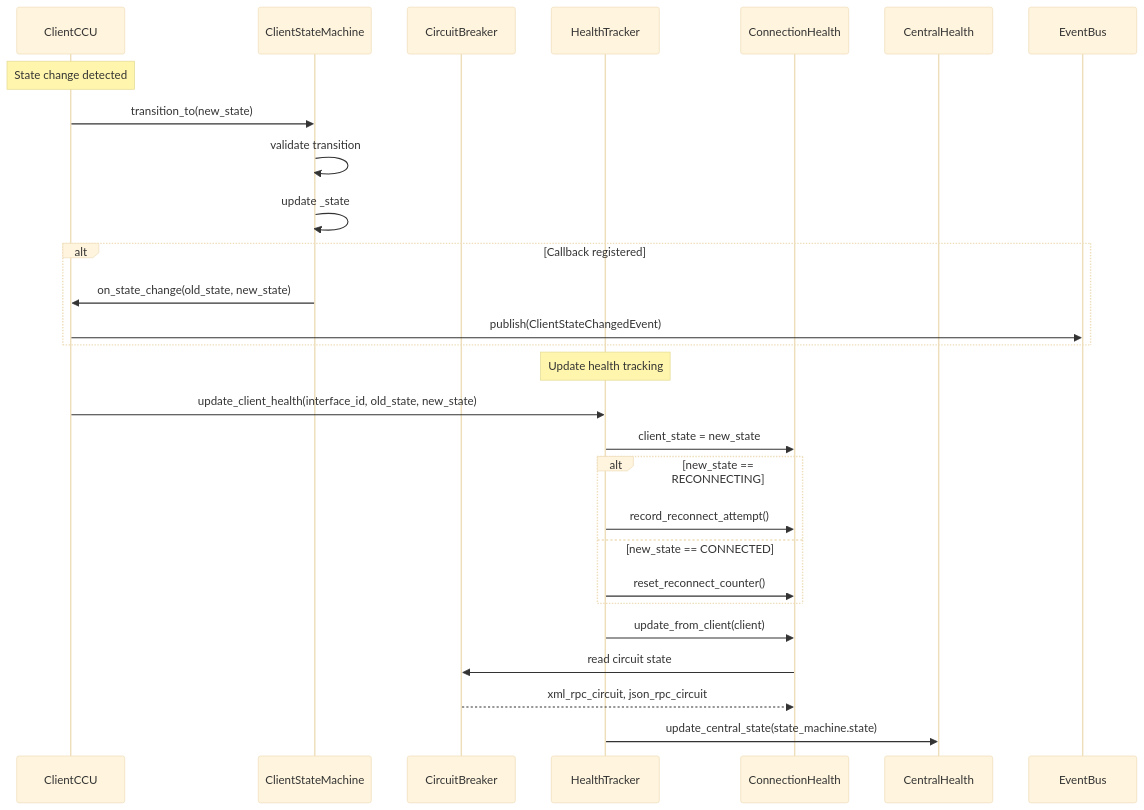
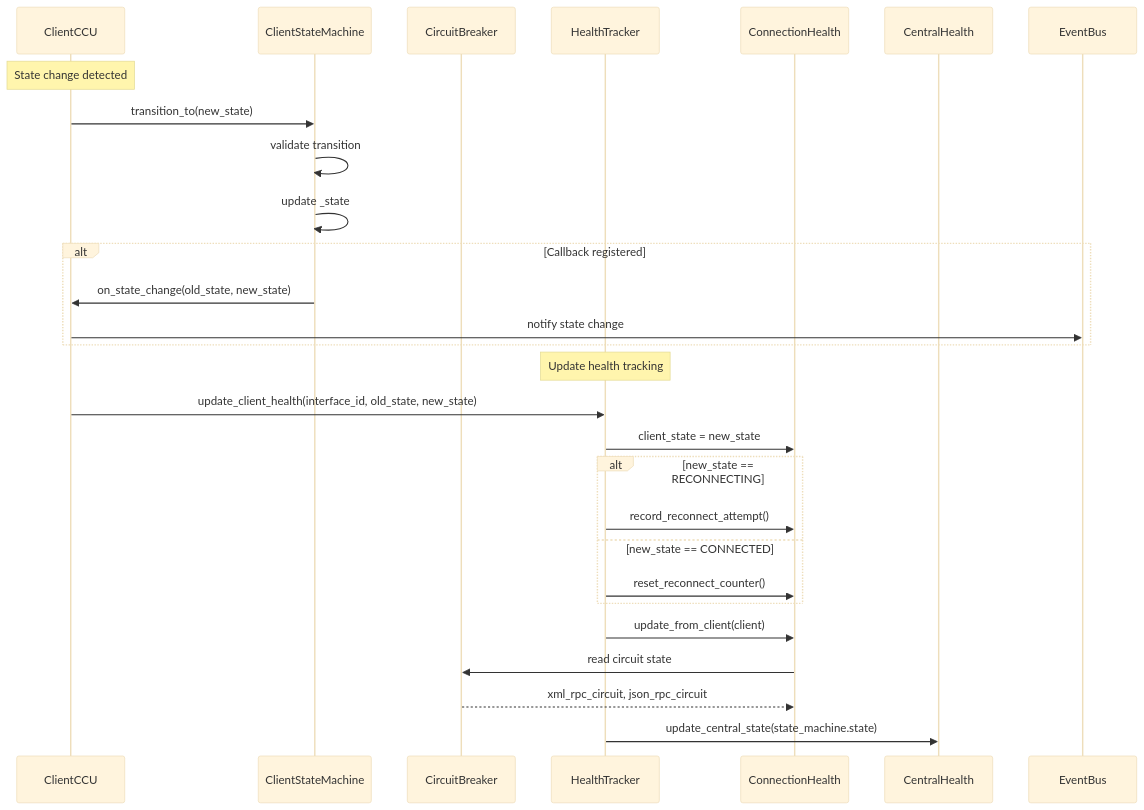
Diagram 12 of 16 in docs/sequence_diagrams.md (SukramJ/aiohomematic), drawn with Mermaid (base theme) before and after one commit. The commit also changed other lines of this file and 15 other files, not shown here.

````diff
--- a/docs/sequence_diagrams.md
+++ b/docs/sequence_diagrams.md
@@ -972,36 +971,36 @@
 ```mermaid
 sequenceDiagram
     participant Client as ClientCCU
     participant CSM as ClientStateMachine
     participant CB as CircuitBreaker
     participant HT as HealthTracker
     participant CH as ConnectionHealth
     participant CnH as CentralHealth
     participant EB as EventBus
 
     Note over Client: State change detected
     Client->>CSM: transition_to(new_state)
     CSM->>CSM: validate transition
     CSM->>CSM: update _state
 
     alt Callback registered
         CSM->>Client: on_state_change(old_state, new_state)
-        Client->>EB: publish(ClientStateChangedEvent)
+        Client->>EB: notify state change
     end
 
     Note over HT: Update health tracking
     Client->>HT: update_client_health(interface_id, old_state, new_state)
     HT->>CH: client_state = new_state
 
     alt new_state == RECONNECTING
         HT->>CH: record_reconnect_attempt()
     else new_state == CONNECTED
         HT->>CH: reset_reconnect_counter()
     end
 
     HT->>CH: update_from_client(client)
     CH->>CB: read circuit state
     CB-->>CH: xml_rpc_circuit, json_rpc_circuit
 
     HT->>CnH: update_central_state(state_machine.state)
 ```
````
